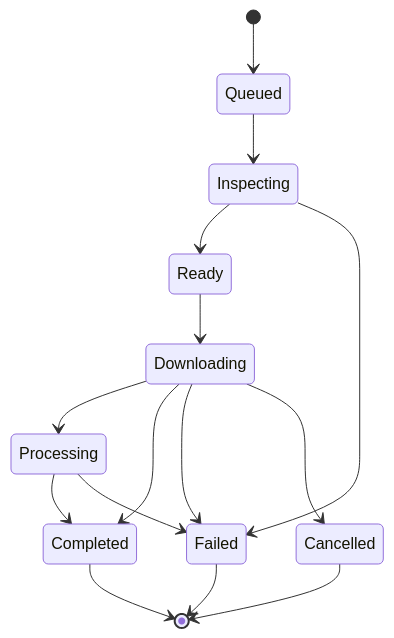
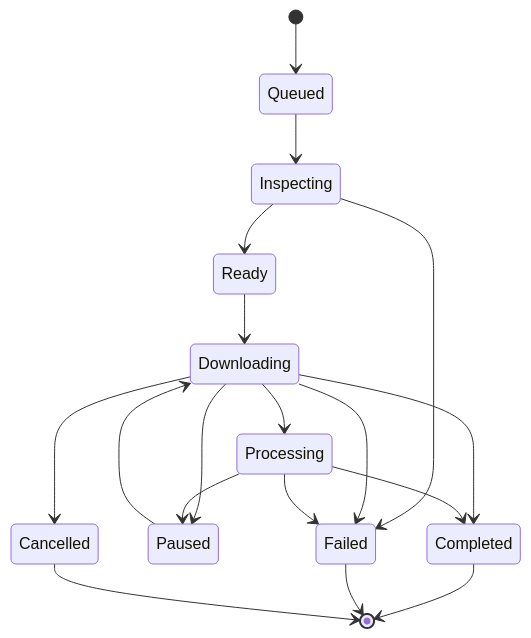
Before and after one commit to Abo3baziz/EasyDownload: the second of 7 diagrams in docs/ARCHITECTURE.md, drawn with Mermaid. The commit also changed other lines of this file and 15 other files, not shown here.

````diff
--- a/docs/ARCHITECTURE.md
+++ b/docs/ARCHITECTURE.md
@@ -323,20 +324,23 @@
 ```mermaid
 stateDiagram-v2
     [*] --> Queued
     Queued --> Inspecting
     Inspecting --> Ready
     Inspecting --> Failed
 
     Ready --> Downloading
     Downloading --> Processing
+    Downloading --> Paused
+    Processing --> Paused
+    Paused --> Downloading
     Downloading --> Completed
     Downloading --> Failed
     Downloading --> Cancelled
 
     Processing --> Completed
     Processing --> Failed
 
     Completed --> [*]
     Failed --> [*]
     Cancelled --> [*]
 ```
````
